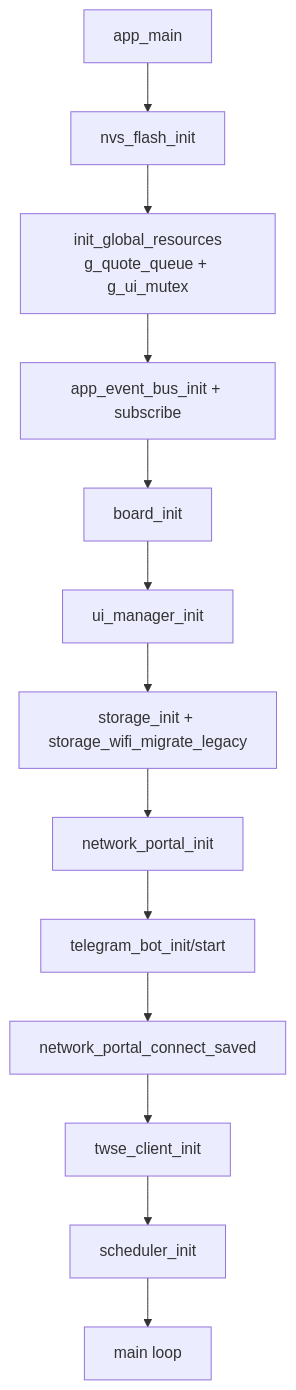
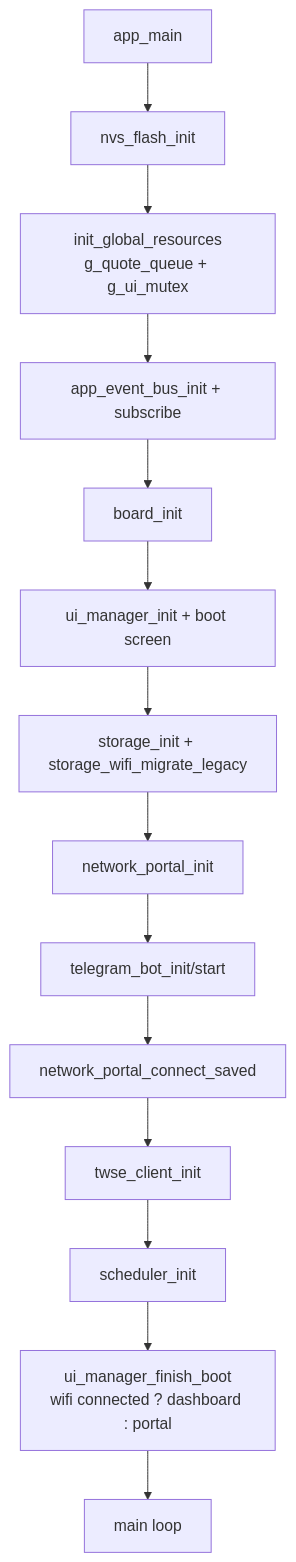
Before and after one commit to 8loser/m5stack-stock: the first of 5 diagrams in docs/architecture_dataflow.md, drawn with Mermaid. The commit also changed other lines of this file and 11 other files, not shown here.

Commit message:
feat: replace startup loading overlay with boot screen flow

````diff
--- a/docs/architecture_dataflow.md
+++ b/docs/architecture_dataflow.md
@@ -7,18 +7,19 @@
 ```mermaid
 flowchart TD
     A[app_main]
     B[nvs_flash_init]
     C[init_global_resources<br/>g_quote_queue + g_ui_mutex]
     D[app_event_bus_init + subscribe]
     E[board_init]
-    F[storage_init + storage_wifi_migrate_legacy]
-    G[ui_manager_init]
+    F[ui_manager_init + boot screen]
+    G[storage_init + storage_wifi_migrate_legacy]
     H[network_portal_init]
     I[telegram_bot_init/start]
     J[network_portal_connect_saved]
     K[twse_client_init]
     L[scheduler_init]
-    M[main loop]
+    M[ui_manager_finish_boot<br/>wifi connected ? dashboard : portal]
+    N[main loop]
 
-    A --> B --> C --> D --> E --> G --> F --> H --> I --> J --> K --> L --> M
+    A --> B --> C --> D --> E --> F --> G --> H --> I --> J --> K --> L --> M --> N
 ```
````
